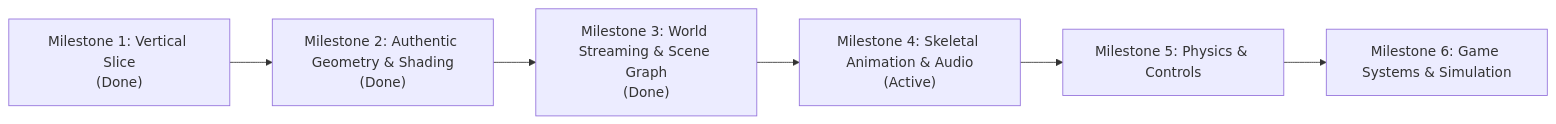
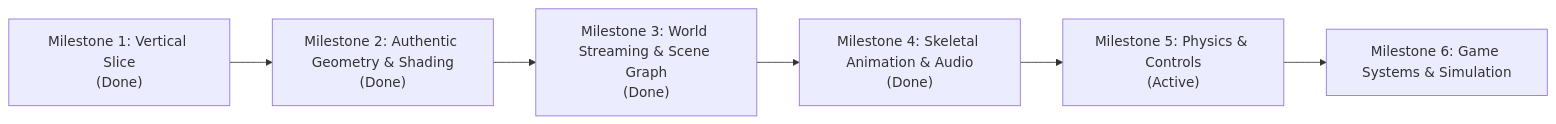
One commit to the-rohit-kumar/sleeping-dogs-web changed the diagram in docs/roadmap.md. Above: the diagram before and after it, drawn with Mermaid. The commit also changed other lines of this file and 43 other files, not shown here.

Commit message:
Complete Milestone 4: Wwise Audio Subsystem & Skeletal Animation Player

````diff
--- a/docs/roadmap.md
+++ b/docs/roadmap.md
@@ -10,8 +10,8 @@
 ```mermaid
 flowchart LR
     M1["Milestone 1: Vertical Slice<br/>(Done)"] --> M2["Milestone 2: Authentic Geometry & Shading<br/>(Done)"]
     M2 --> M3["Milestone 3: World Streaming & Scene Graph<br/>(Done)"]
-    M3 --> M4["Milestone 4: Skeletal Animation & Audio<br/>(Active)"]
-    M4 --> M5["Milestone 5: Physics & Controls"]
+    M3 --> M4["Milestone 4: Skeletal Animation & Audio<br/>(Done)"]
+    M4 --> M5["Milestone 5: Physics & Controls<br/>(Active)"]
     M5 --> M6["Milestone 6: Game Systems & Simulation"]
 ```
````
